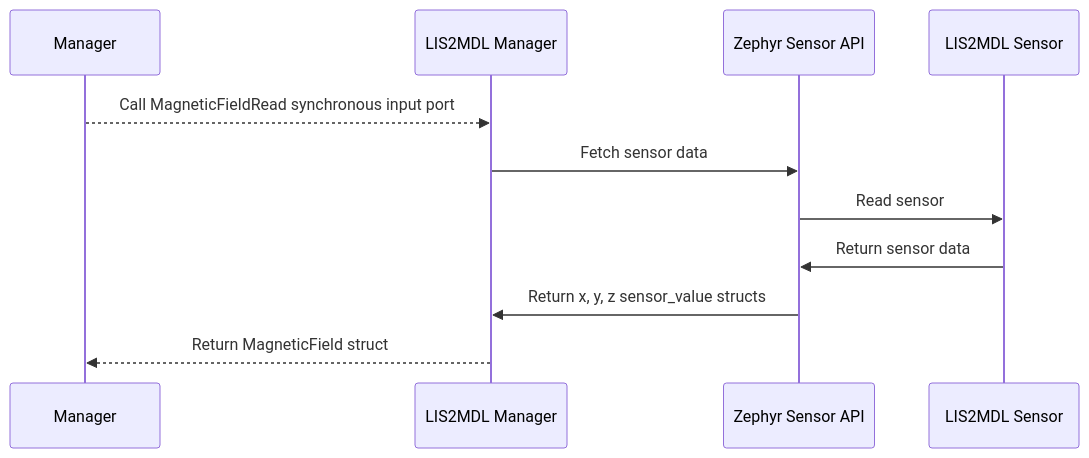
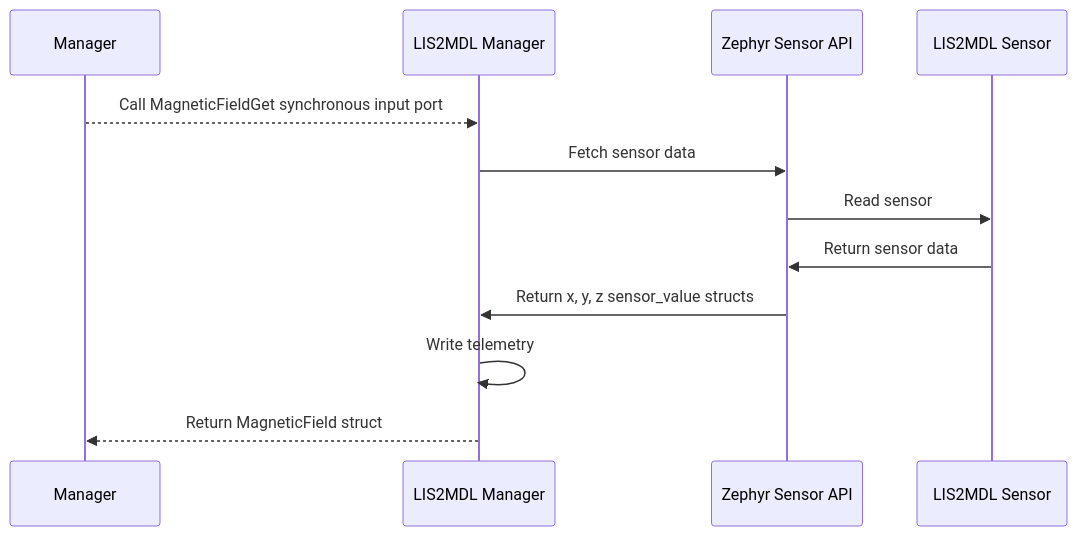
Before and after one commit to Open-Source-Space-Foundation/proves-core-reference: the second of 2 diagrams in FprimeZephyrReference/Components/Drv/Lis2mdlManager/docs/sdd.md, drawn with Mermaid. The commit also changed other lines of this file and 11 other files, not shown here.

Commit message:
clear throttle, configure lsm6 sensor, read->get

````diff
--- a/FprimeZephyrReference/Components/Drv/Lis2mdlManager/docs/sdd.md
+++ b/FprimeZephyrReference/Components/Drv/Lis2mdlManager/docs/sdd.md
@@ -43,14 +44,15 @@
 ```mermaid
 sequenceDiagram
     participant Manager
     participant LIS2MDL Manager
     participant Zephyr Sensor API
     participant LIS2MDL Sensor
 
-    Manager-->>LIS2MDL Manager: Call MagneticFieldRead synchronous input port
+    Manager-->>LIS2MDL Manager: Call MagneticFieldGet synchronous input port
     LIS2MDL Manager->>Zephyr Sensor API: Fetch sensor data
     Zephyr Sensor API->>LIS2MDL Sensor: Read sensor
     LIS2MDL Sensor->>Zephyr Sensor API: Return sensor data
     Zephyr Sensor API->>LIS2MDL Manager: Return x, y, z sensor_value structs
+    LIS2MDL Manager->>LIS2MDL Manager: Write telemetry
     LIS2MDL Manager-->>Manager: Return MagneticField struct
 ```
````
